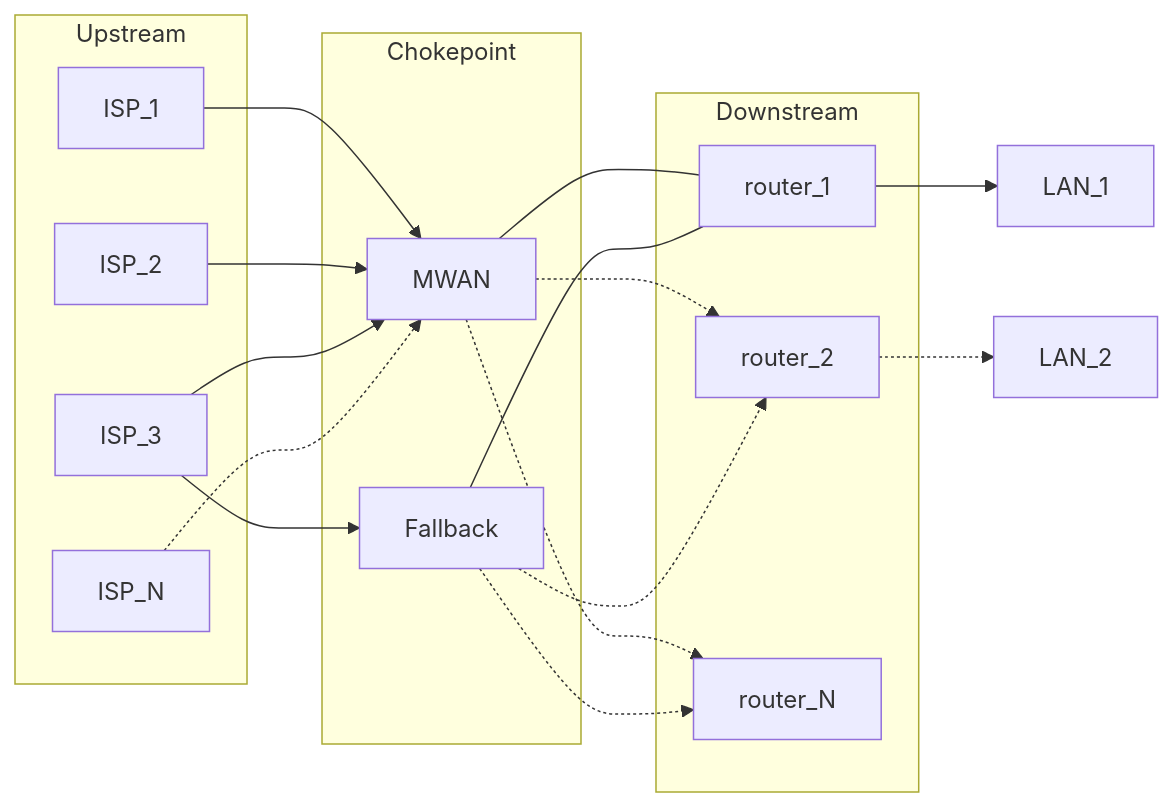
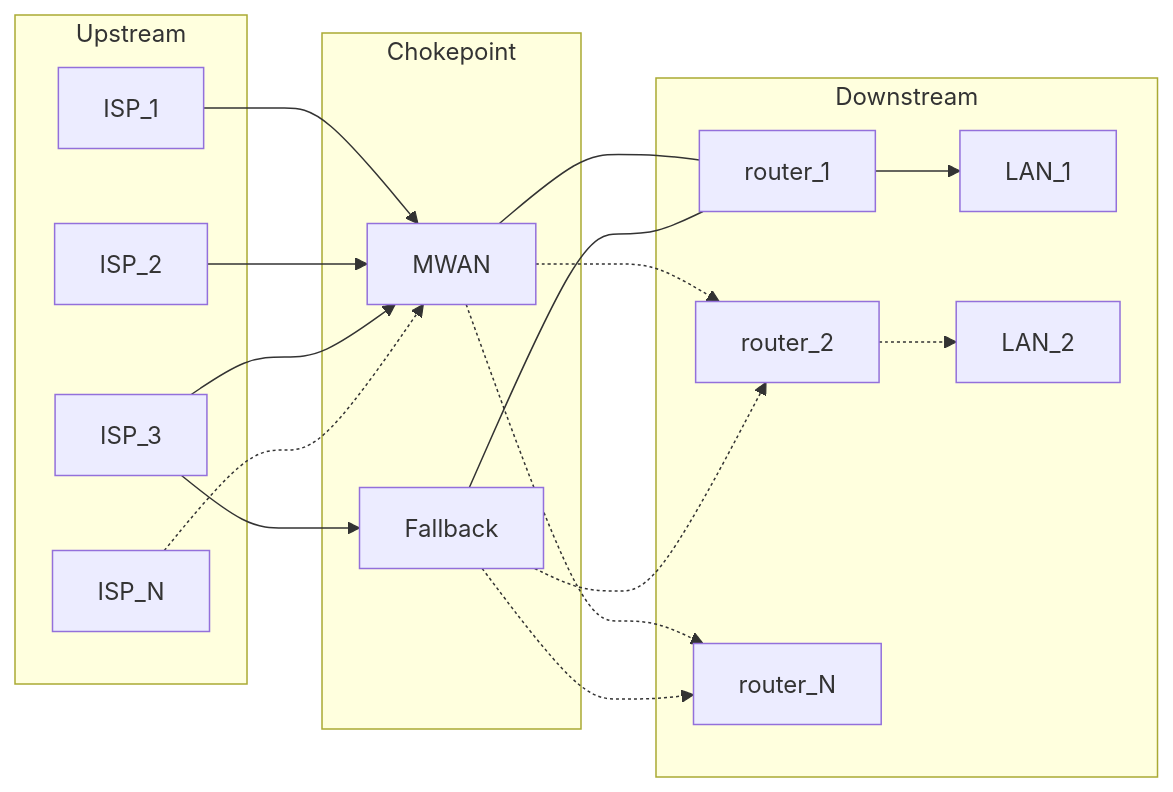
Before and after one commit to agoodkind/configs: the first of 4 diagrams in docs/mwan.md, drawn with Mermaid. The commit also changed other lines of this file, not shown here.

Commit message:
Put LANs inside the Downstream subgraph in docs/mwan.md

````diff
--- a/docs/mwan.md
+++ b/docs/mwan.md
@@ -44,33 +44,33 @@
 ```mermaid
 flowchart LR
   subgraph upstream [Upstream]
     isp1[ISP_1]
     isp2[ISP_2]
     isp3[ISP_3]
     ispN[ISP_N]
   end
   subgraph chokepoint [Chokepoint]
     mwan[MWAN]
     fallback[Fallback]
   end
   subgraph downstream [Downstream]
     r1[router_1]
     r2[router_2]
     rN[router_N]
+    lan1[LAN_1]
+    lan2[LAN_2]
   end
-  lan1[LAN_1]
-  lan2[LAN_2]
   isp1 --> mwan
   isp2 --> mwan
   isp3 --> mwan
   isp3 --> fallback
   ispN -.-> mwan
   mwan --- r1
   fallback --- r1
   mwan -.-> r2
   fallback -.-> r2
   mwan -.-> rN
   fallback -.-> rN
   r1 --> lan1
   r2 -.-> lan2
 ```
````
